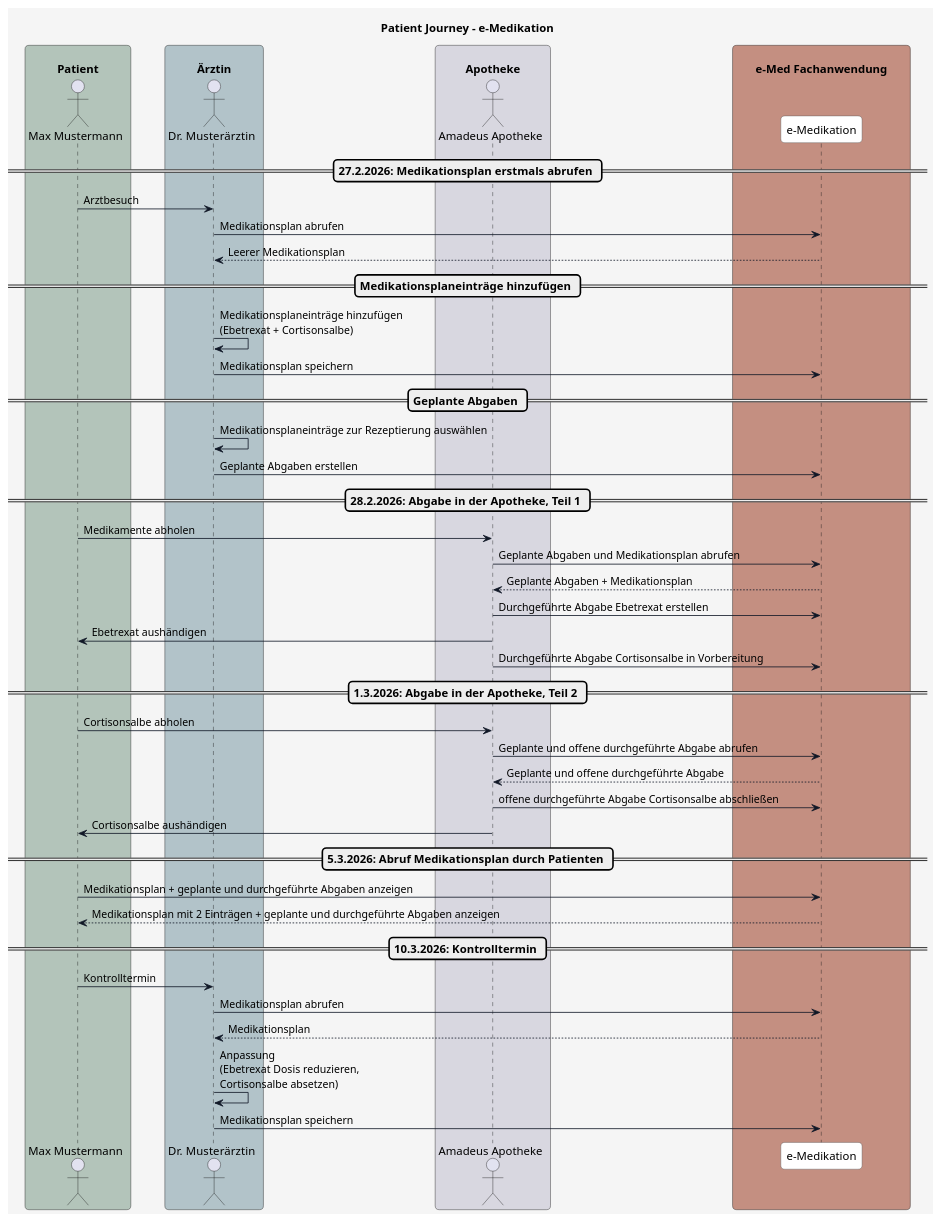
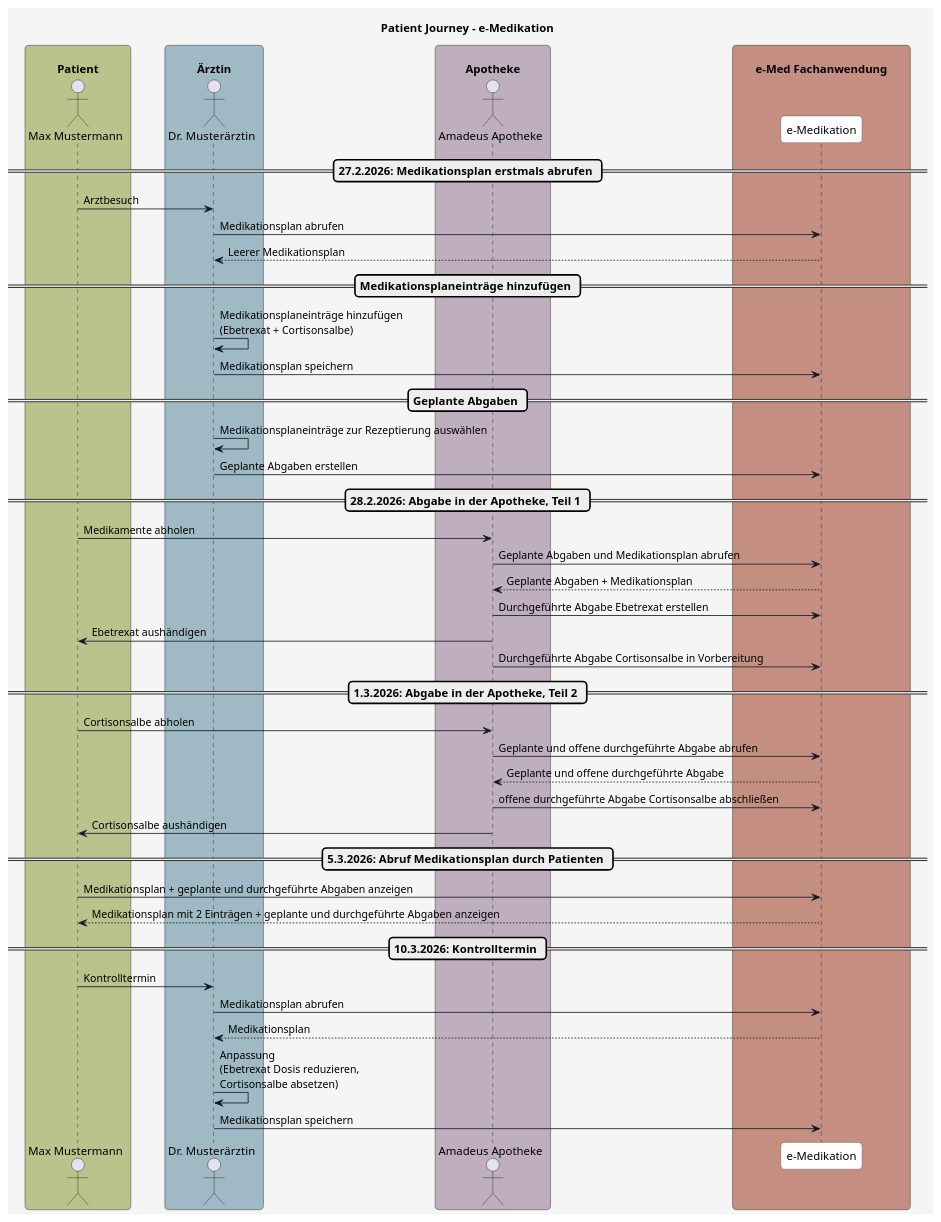
The diagram in input/images-source/diagram_journey.plantuml (HL7Austria/ELGA-e-Medikation-R4), drawn with PlantUML before and after one commit. The commit also changed 13 other files, not shown here.

```diff
--- a/input/images-source/diagram_journey.plantuml
+++ b/input/images-source/diagram_journey.plantuml
@@ -1,108 +1,108 @@
 @startuml
 title Patient Journey – e-Medikation
 
 skinparam borderColor #000000
 skinparam backgroundColor #f5f5f5
 skinparam shadowing false
 skinparam roundCorner 10
 skinparam defaultFontName "Arial"
 skinparam defaultFontSize 14
 skinparam defaultFontColor #000000
 
 skinparam note {
   BackgroundColor #e0e5f0-#d1d9e6
   BorderColor #8b95a5
   BorderThickness 1
   RoundCorner 8
   Padding 6
   FontColor #111827
   Shadowing true
 }
 
 skinparam HyperlinkColor #0000EE
 skinparam HyperlinkUnderline false
 
 skinparam sequence {
   ParticipantBorderColor #555555
   ParticipantBackgroundColor #ffffff
   ParticipantFontColor #000000
   ParticipantFontSize 14
   ParticipantPadding 20
   ArrowColor #111827
   ArrowThickness 1
   ArrowFontColor #000000
   ArrowFontSize 13
   GroupBorderColor #111827
   GroupBackgroundColor #eef2ff
   GroupBorderThickness 2
 }
 
 skinparam BoxPadding 20
 skinparam BoxBorderColor #555555
 
 
-box "\n Patient " #b3c4ba
+box "\n Patient " #bac38b
 actor Patient as "Max Mustermann"
 end box
 
-box "\n Ärztin " #b2c3c9
+box "\n Ärztin " #9fbac4
 actor Arzt as "Dr. Musterärztin" 
 end box
 
-box "\n Apotheke " #D8D7E0
+box "\n Apotheke " #beaebe
 actor Apotheke as "Amadeus Apotheke"
 end box
 
 box "\n       e-Med Fachanwendung       " #c48f81
   participant System as "e-Medikation"
 end box
 
 
 
 
 == 27.2.2026: Medikationsplan erstmals abrufen ==
 Patient -> Arzt: Arztbesuch
 Arzt -> System: Medikationsplan abrufen
 System --> Arzt: Leerer Medikationsplan
 
 == Medikationsplaneinträge hinzufügen ==
 Arzt -> Arzt: Medikationsplaneinträge hinzufügen\n(Ebetrexat + Cortisonsalbe)
 Arzt -> System: Medikationsplan speichern
 
 == Geplante Abgaben ==
 Arzt -> Arzt: Medikationsplaneinträge zur Rezeptierung auswählen
 Arzt -> System: Geplante Abgaben erstellen
 
 == 28.2.2026: Abgabe in der Apotheke, Teil 1 ==
 Patient -> Apotheke: Medikamente abholen
 Apotheke -> System: Geplante Abgaben und Medikationsplan abrufen
 System --> Apotheke: Geplante Abgaben + Medikationsplan
 
 Apotheke -> System: Durchgeführte Abgabe Ebetrexat erstellen
 Apotheke -> Patient: Ebetrexat aushändigen
 
 Apotheke -> System: Durchgeführte Abgabe Cortisonsalbe in Vorbereitung
 
 
 == 1.3.2026: Abgabe in der Apotheke, Teil 2 ==
 Patient -> Apotheke: Cortisonsalbe abholen
 Apotheke -> System: Geplante und offene durchgeführte Abgabe abrufen
 System --> Apotheke: Geplante und offene durchgeführte Abgabe
 
 Apotheke -> System: offene durchgeführte Abgabe Cortisonsalbe abschließen
 Apotheke -> Patient: Cortisonsalbe aushändigen
 
 == 5.3.2026: Abruf Medikationsplan durch Patienten ==
 Patient -> System: Medikationsplan + geplante und durchgeführte Abgaben anzeigen
 System --> Patient: Medikationsplan mit 2 Einträgen + geplante und durchgeführte Abgaben anzeigen
 
 == 10.3.2026: Kontrolltermin ==
 Patient -> Arzt: Kontrolltermin
 
 Arzt -> System: Medikationsplan abrufen
 System --> Arzt: Medikationsplan
 
 Arzt -> Arzt: Anpassung\n(Ebetrexat Dosis reduzieren,\nCortisonsalbe absetzen)
 Arzt -> System: Medikationsplan speichern
 
 @enduml
```
